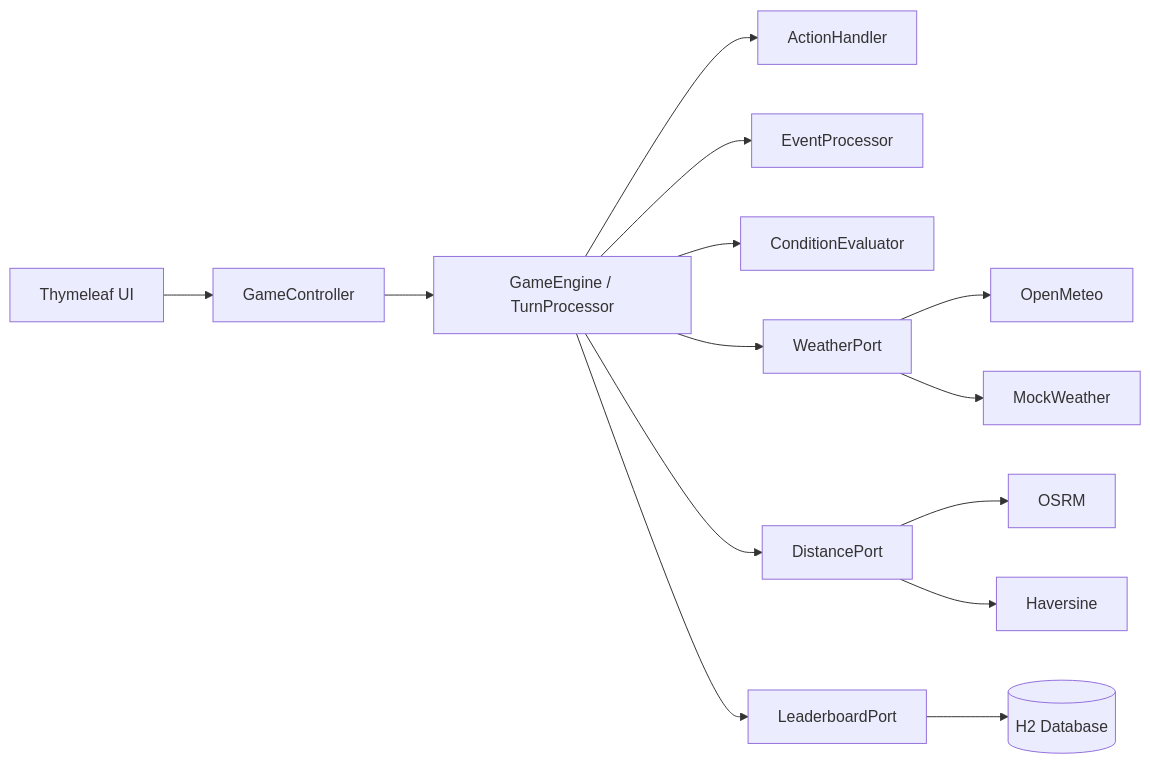
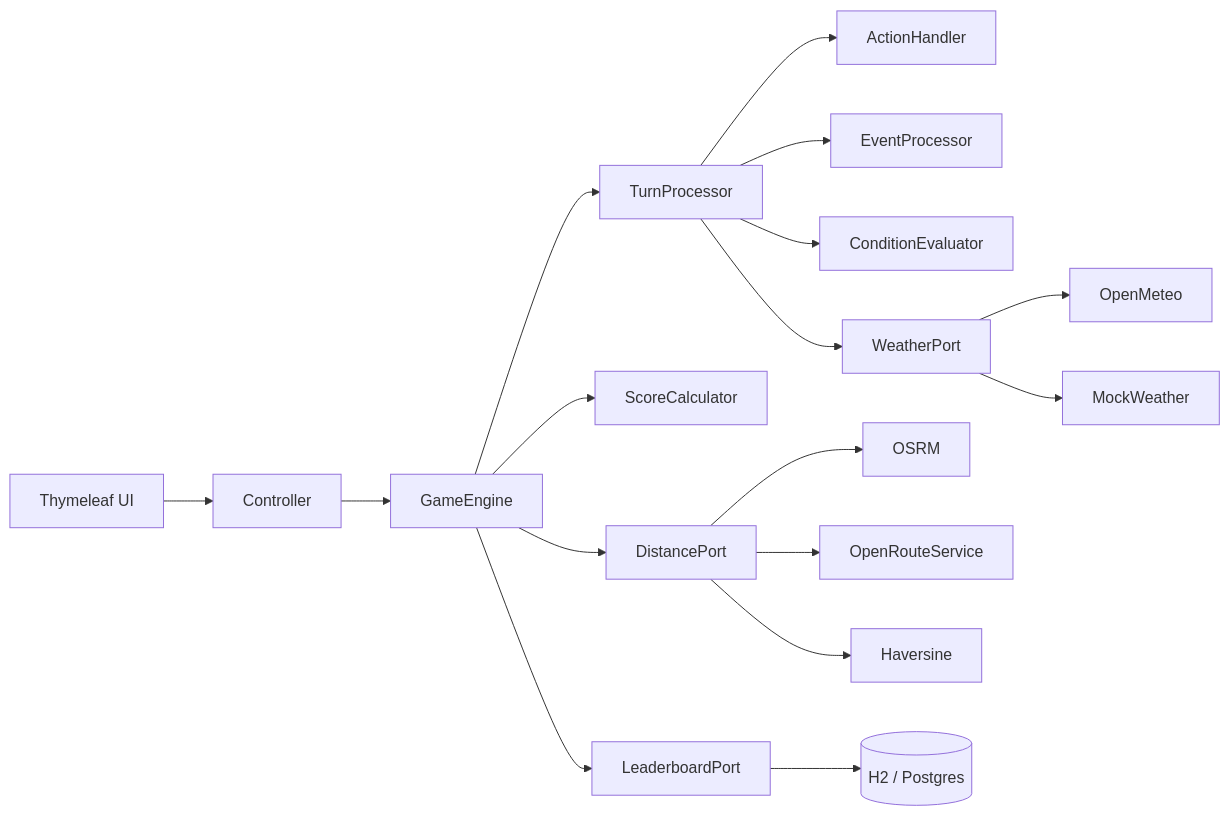
One commit to paulofranklins2/silicon-valley-trail changed the diagram in README.md. Above: the diagram before and after it, drawn with Mermaid. The commit also changed other lines of this file and 1 other file, not shown here.

````diff
--- a/README.md
+++ b/README.md
@@ -24,16 +73,19 @@
 ```mermaid
 flowchart LR
-    UI[Thymeleaf UI] --> Controller[GameController]
-    Controller --> Engine[GameEngine / TurnProcessor]
-    Engine --> Action[ActionHandler]
-    Engine --> Events[EventProcessor]
-    Engine --> Conditions[ConditionEvaluator]
-    Engine --> WeatherPort
+    UI[Thymeleaf UI] --> Controller
+    Controller --> Engine[GameEngine]
+    Engine --> TurnProcessor
+    Engine --> ScoreCalculator
+    TurnProcessor --> ActionHandler
+    TurnProcessor --> EventProcessor
+    TurnProcessor --> ConditionEvaluator
+    TurnProcessor --> WeatherPort
     Engine --> DistancePort
     Engine --> LeaderboardPort
     WeatherPort --> OpenMeteo
     WeatherPort --> MockWeather
     DistancePort --> OSRM
+    DistancePort --> ORS[OpenRouteService]
     DistancePort --> Haversine
-    LeaderboardPort --> H2[(H2 Database)]
+    LeaderboardPort --> DB[(H2 / Postgres)]
 ```
````
